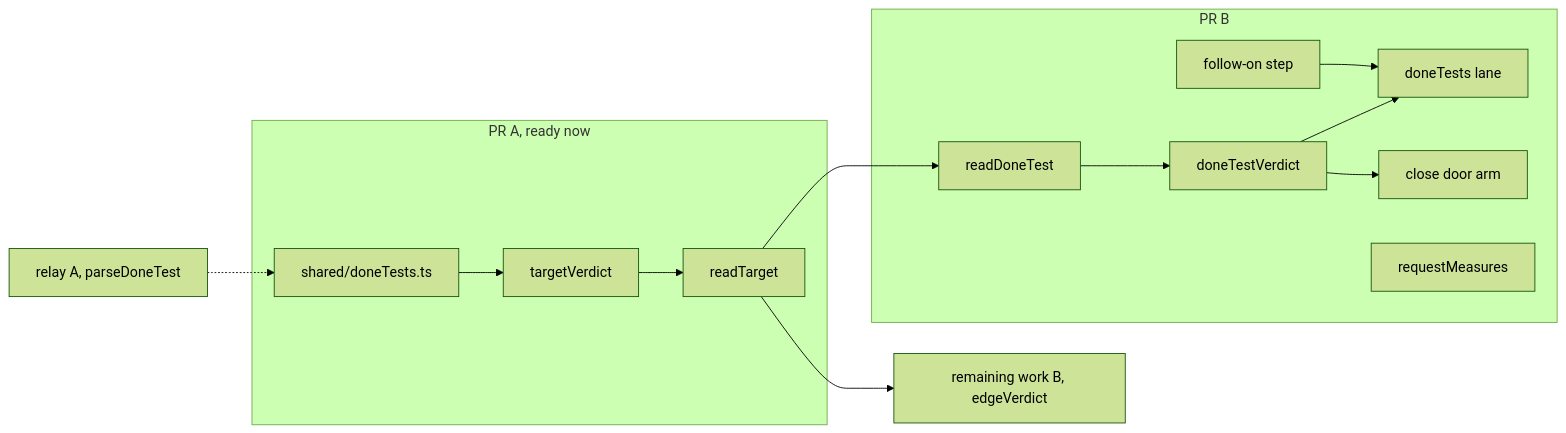
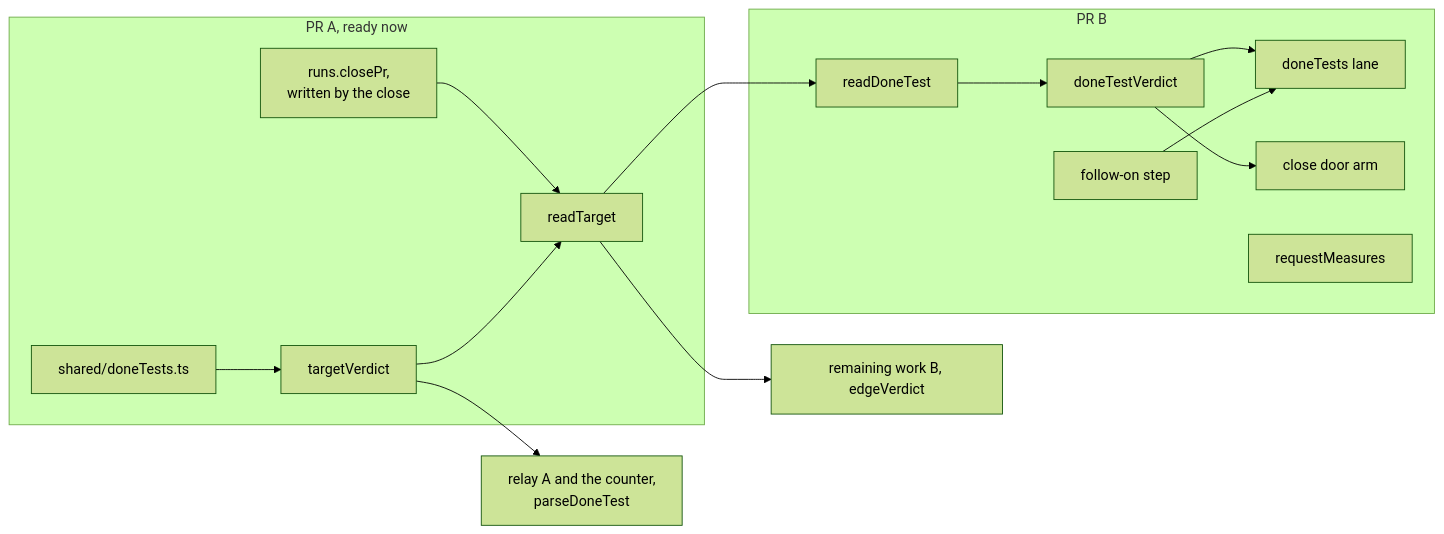
Before and after one commit to Synapsium-Labs/ccrc-pwa: the third of 4 diagrams in docs/superpowers/plans/2026-11-16-overlord-w2/w2-done-tests.md, drawn with Mermaid (forest theme). The commit also changed other lines of this file and 1 other file, not shown here.

First line of the commit message:
docs(plan): W2 done tests and follow-up, fix round 1 (review 2282)

````diff
--- a/docs/superpowers/plans/2026-11-16-overlord-w2/w2-done-tests.md
+++ b/docs/superpowers/plans/2026-11-16-overlord-w2/w2-done-tests.md
@@ -429,23 +494,25 @@
 ```mermaid
 flowchart LR
   subgraph PRA["PR A, ready now"]
     V["shared/doneTests.ts"]
+    CP["runs.closePr,<br/>written by the close"]
     TV["targetVerdict"]
     RT["readTarget"]
   end
+  CP --> RT
   subgraph PRB["PR B"]
     DV["doneTestVerdict"]
     RD["readDoneTest"]
     FO["follow-on step"]
     LN["doneTests lane"]
     CL["close door arm"]
     MS["requestMeasures"]
   end
   V --> TV --> RT
   RT --> RD --> DV
   DV --> LN
   DV --> CL
   FO --> LN
   RT --> RWB["remaining work B, edgeVerdict"]
-  RQ["relay A, parseDoneTest"] -.-> V
+  TV --> RQ["relay A and the counter,<br/>parseDoneTest"]
 ```
````
